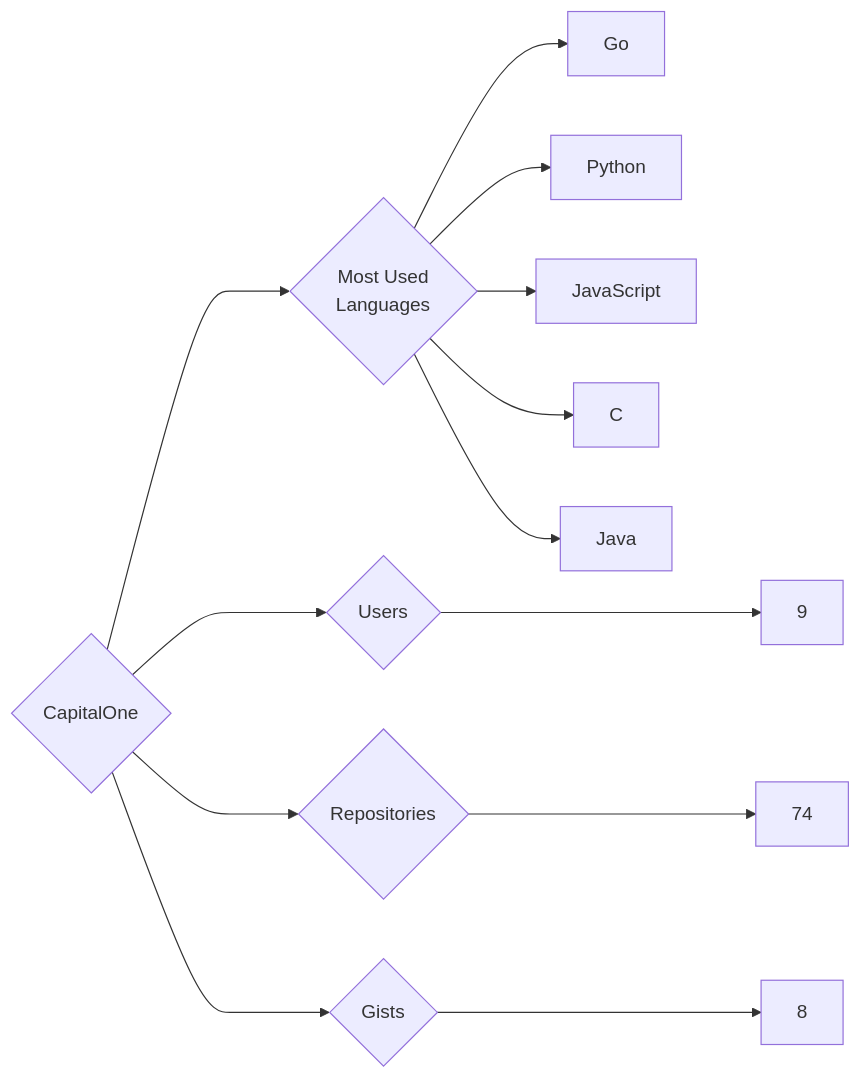
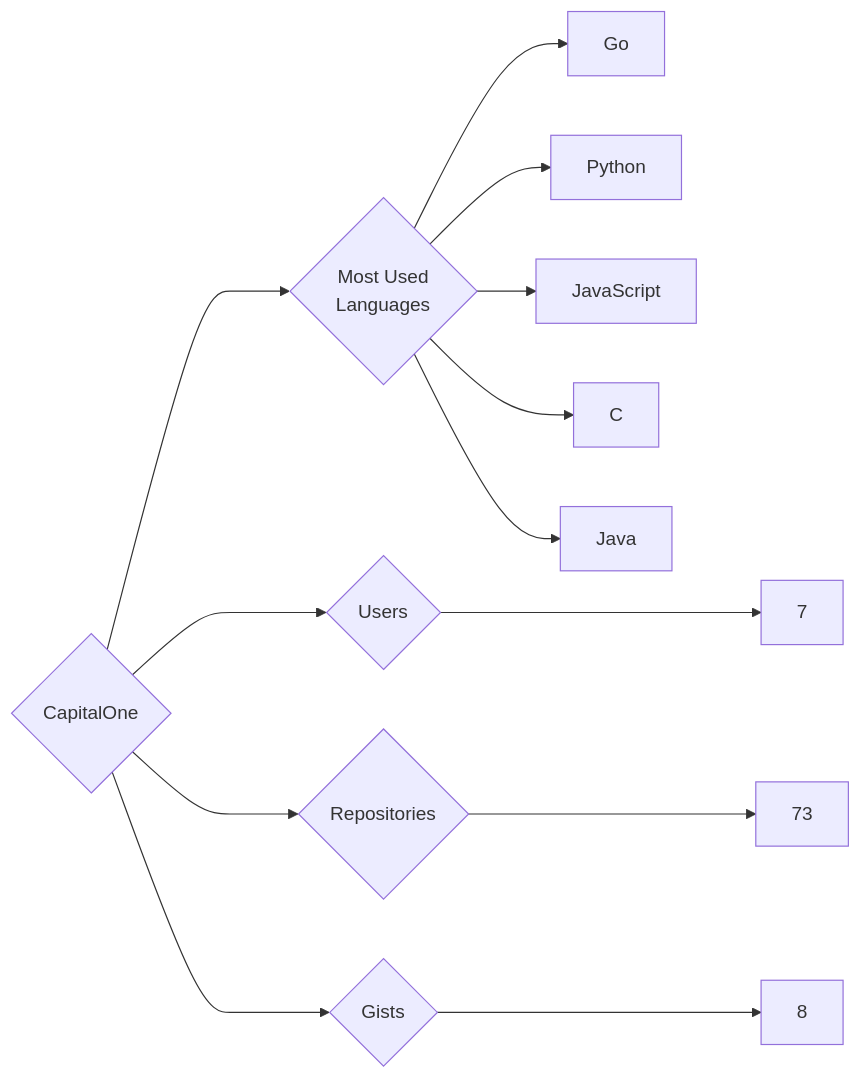
One commit to trickest/insiders changed the diagram in targets/CapitalOne/README.md. Above: the diagram before and after it, drawn with Mermaid. The commit also changed 930 other files, not shown here.

````diff
--- a/targets/CapitalOne/README.md
+++ b/targets/CapitalOne/README.md
@@ -3,13 +3,13 @@
 ```mermaid
 graph LR
 COMPANY_NAME{CapitalOne}
-COMPANY_NAME ---> U{Users} ---> UN[9]
-COMPANY_NAME ---> R{Repositories} ---> RN[74]
+COMPANY_NAME ---> U{Users} ---> UN[7]
+COMPANY_NAME ---> R{Repositories} ---> RN[73]
 COMPANY_NAME ---> G{Gists} ---> GN[8]
 COMPANY_NAME ---> ML{Most Used<br>Languages}
 ML --> Go[Go]
 ML --> Python[Python]
 ML --> JavaScript[JavaScript]
 ML --> C[C]
 ML --> Java[Java]
 ```
````
